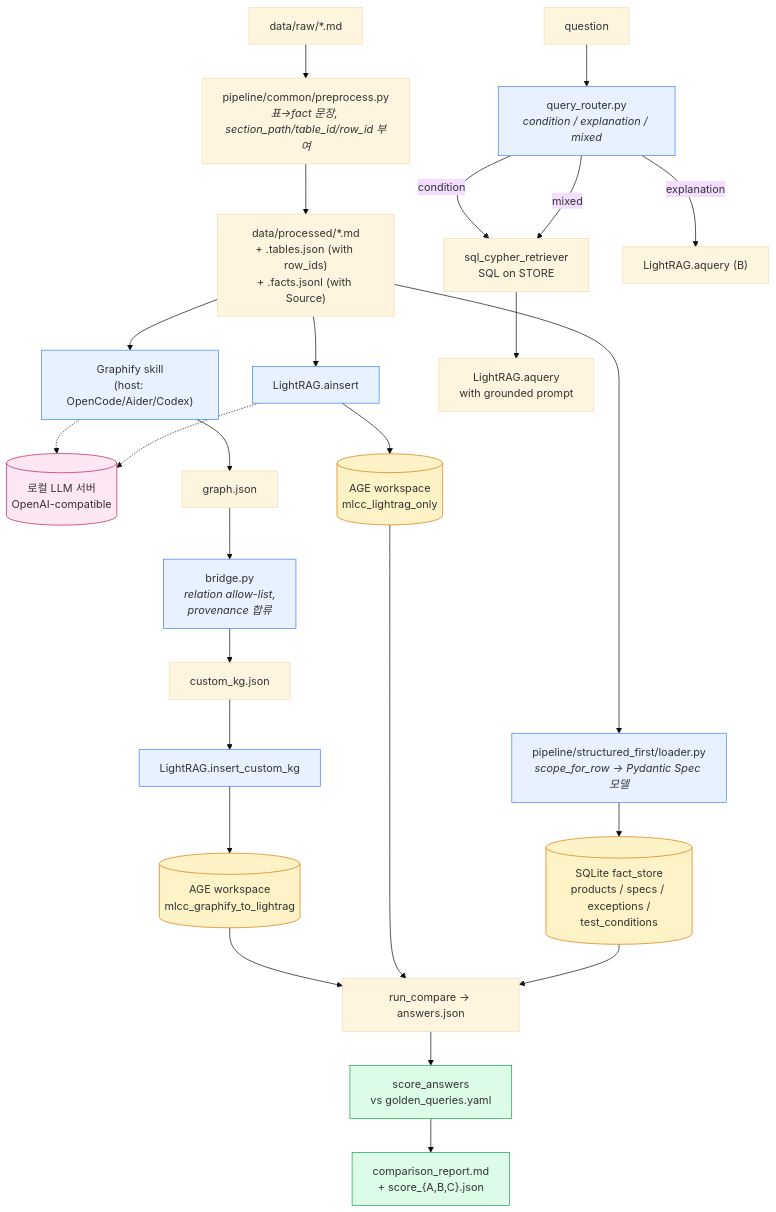
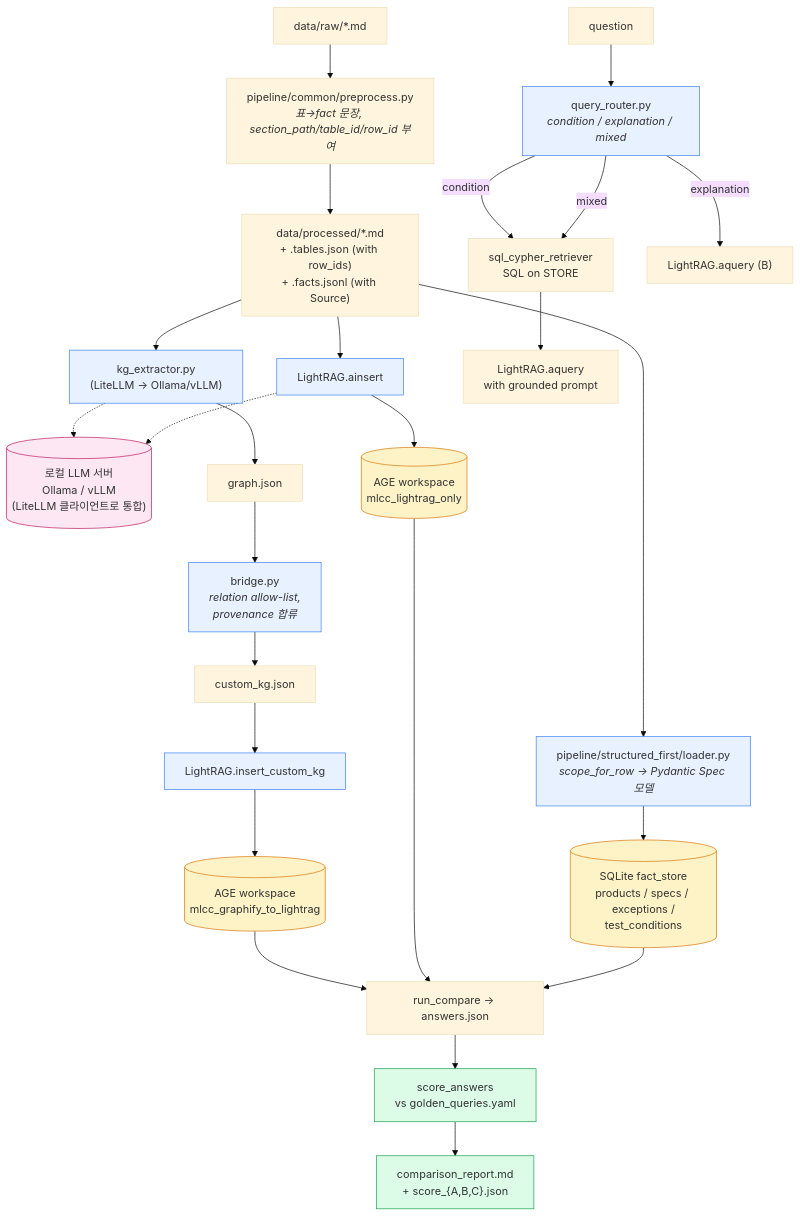
The diagram in README.md (ujajuck/mlcc_graph_poc), drawn with Mermaid (base theme) before and after one commit. The commit also changed other lines of this file and 7 other files, not shown here.

First line of the commit message:
Replace Graphify host-agent dispatch with LiteLLM-based KG extractor

````diff
--- a/README.md
+++ b/README.md
@@ -40,33 +44,33 @@
 ```mermaid
 flowchart TD
     INPUT["data/raw/*.md"] --> PRE["pipeline/common/preprocess.py<br/><i>표→fact 문장, section_path/table_id/row_id 부여</i>"]
     PRE --> PROCESSED["data/processed/*.md<br/>+ .tables.json (with row_ids)<br/>+ .facts.jsonl (with Source)"]
 
-    PROCESSED --> A1["Graphify skill<br/>(host: OpenCode/Aider/Codex)"]
+    PROCESSED --> A1["kg_extractor.py<br/>(LiteLLM → Ollama/vLLM)"]
     PROCESSED --> B1["LightRAG.ainsert"]
     PROCESSED --> C1["pipeline/structured_first/loader.py<br/><i>scope_for_row → Pydantic Spec 모델</i>"]
 
-    LLM[("로컬 LLM 서버<br/>OpenAI-compatible")]:::llm
+    LLM[("로컬 LLM 서버<br/>Ollama / vLLM<br/>(LiteLLM 클라이언트로 통합)")]:::llm
     A1 -.-> LLM
     B1 -.-> LLM
 
     A1 --> A2["graph.json"] --> A3["bridge.py<br/><i>relation allow-list,<br/>provenance 합류</i>"] --> A4["custom_kg.json"] --> A5["LightRAG.insert_custom_kg"]
     A5 --> AGE_A[("AGE workspace<br/>mlcc_graphify_to_lightrag")]
     B1 --> AGE_B[("AGE workspace<br/>mlcc_lightrag_only")]
     C1 --> STORE[("SQLite fact_store<br/>products / specs / exceptions /<br/>test_conditions")]
 
     Q["question"] --> ROUTER["query_router.py<br/><i>condition / explanation / mixed</i>"]
     ROUTER -->|condition| C2["sql_cypher_retriever<br/>SQL on STORE"]
     ROUTER -->|explanation| B1Q["LightRAG.aquery (B)"]
     ROUTER -->|mixed| C2 --> C3["LightRAG.aquery<br/>with grounded prompt"]
 
     AGE_A & AGE_B & STORE --> CMP["run_compare → answers.json"] --> SCORE["score_answers<br/>vs golden_queries.yaml"] --> REPORT["comparison_report.md<br/>+ score_{A,B,C}.json"]
 
     classDef ingest fill:#e8f1ff,stroke:#3b82f6
     classDef storage fill:#fef3c7,stroke:#d97706
     classDef output fill:#dcfce7,stroke:#16a34a
     classDef llm fill:#fce7f3,stroke:#be185d
     class A1,A3,A5,B1,C1,ROUTER ingest
     class AGE_A,AGE_B,STORE storage
     class REPORT,SCORE output
 ```
````
